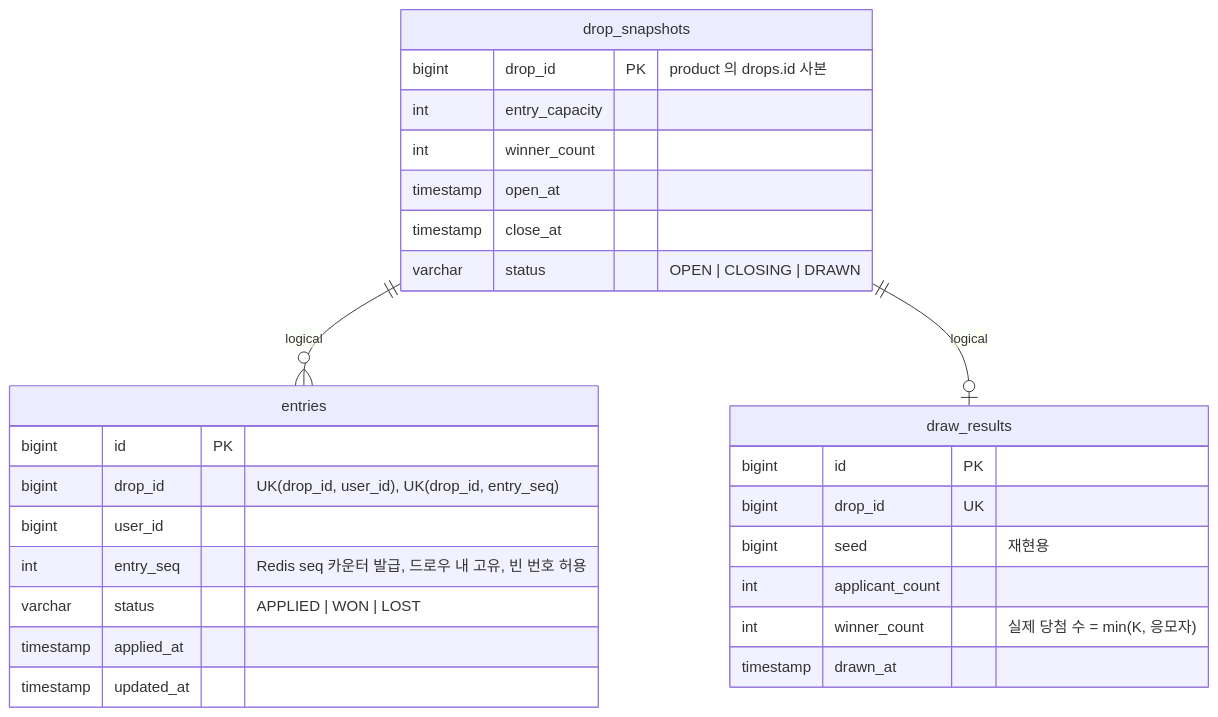
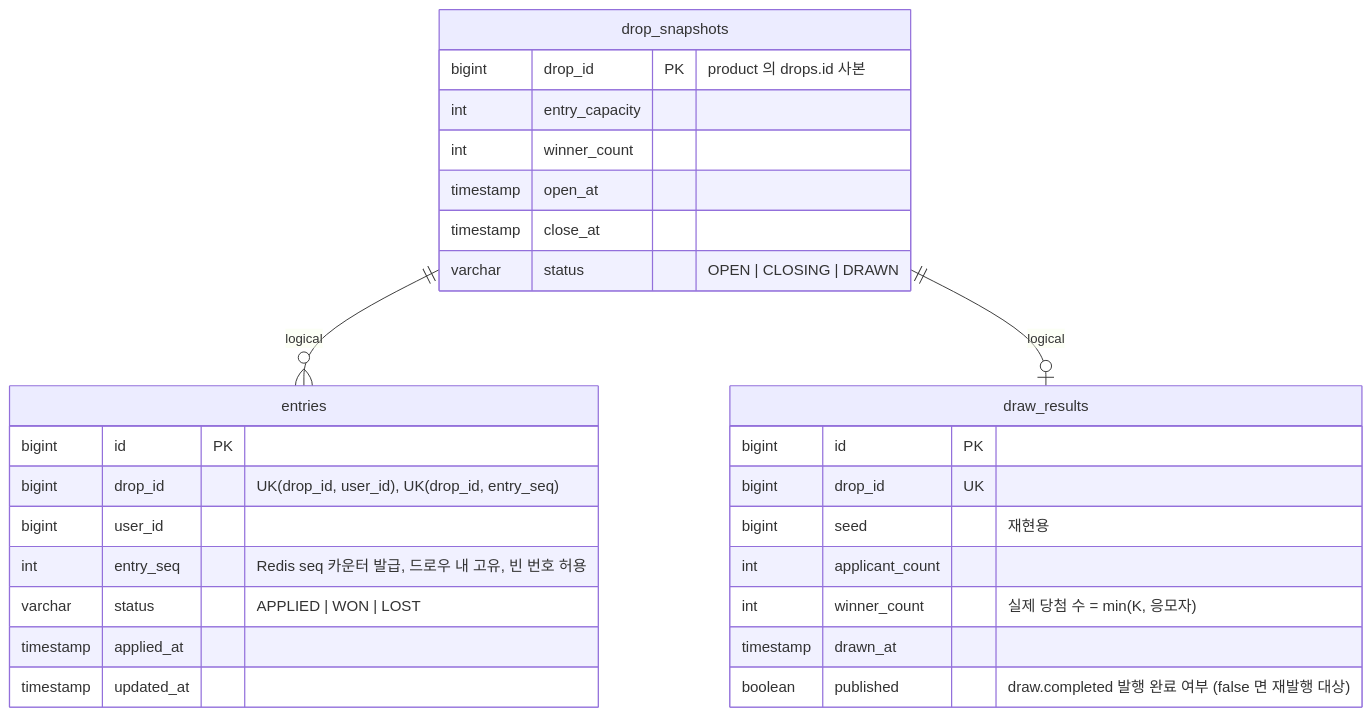
One commit to dd-jiny/queue-drop changed the third of 4 diagrams in docs/design/06-erd/erd.md. Above: the diagram before and after it, drawn with Mermaid. The commit also changed other lines of this file and 24 other files, not shown here.

````diff
--- a/docs/design/06-erd/erd.md
+++ b/docs/design/06-erd/erd.md
@@ -59,30 +61,31 @@
 ```mermaid
 erDiagram
     drop_snapshots ||--o{ entries : "logical"
     drop_snapshots ||--o| draw_results : "logical"
     drop_snapshots {
         bigint drop_id PK "product 의 drops.id 사본"
         int entry_capacity
         int winner_count
         timestamp open_at
         timestamp close_at
         varchar status "OPEN | CLOSING | DRAWN"
     }
     entries {
         bigint id PK
         bigint drop_id "UK(drop_id, user_id), UK(drop_id, entry_seq)"
         bigint user_id
         int entry_seq "Redis seq 카운터 발급, 드로우 내 고유, 빈 번호 허용"
         varchar status "APPLIED | WON | LOST"
         timestamp applied_at
         timestamp updated_at
     }
     draw_results {
         bigint id PK
         bigint drop_id UK
         bigint seed "재현용"
         int applicant_count
         int winner_count "실제 당첨 수 = min(K, 응모자)"
         timestamp drawn_at
+        boolean published "draw.completed 발행 완료 여부 (false 면 재발행 대상)"
     }
 ```
````
